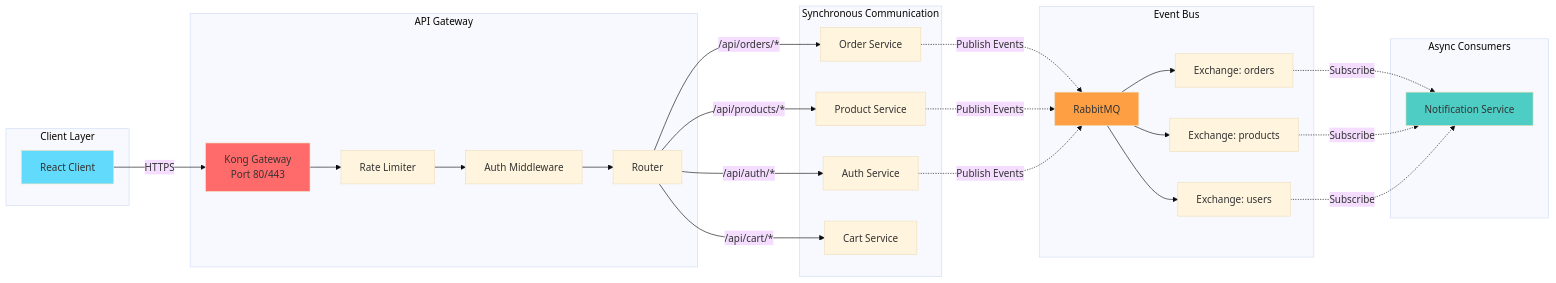
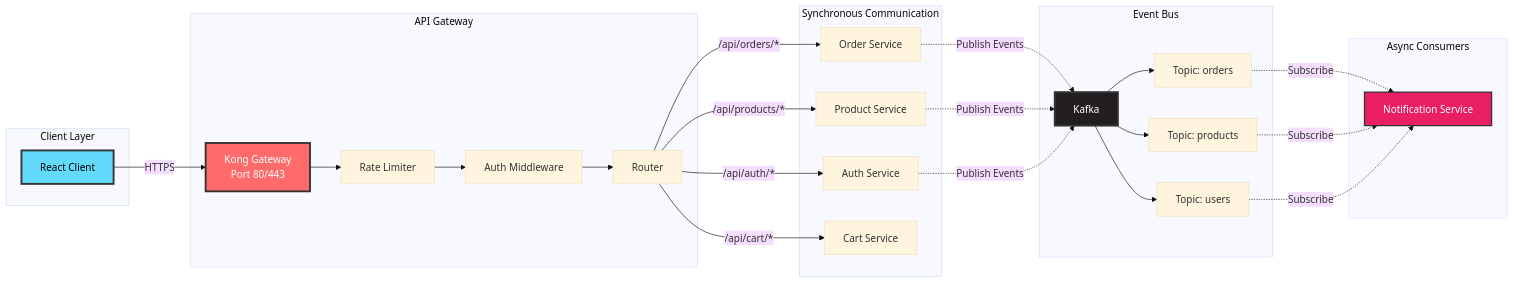
The second of 6 diagrams in README.md (paelsam/class_smart_microservices), drawn with Mermaid (base theme) before and after one commit. The commit also changed other lines of this file, not shown here.

````diff
--- a/README.md
+++ b/README.md
@@ -478,58 +478,58 @@
 ```mermaid
 graph LR
     subgraph "Client Layer"
         CLIENT[React Client]
     end
     
     subgraph "API Gateway"
         KONG[Kong Gateway<br/>Port 80/443]
         RATE[Rate Limiter]
         AUTH_MW[Auth Middleware]
         ROUTER[Router]
     end
     
     subgraph "Synchronous Communication"
         S1[Auth Service]
         S2[Product Service]
         S3[Order Service]
         S4[Cart Service]
     end
     
     subgraph "Event Bus"
-        RABBIT[RabbitMQ]
-        EX1[Exchange: orders]
-        EX2[Exchange: products]
-        EX3[Exchange: users]
+        KAFKA[Kafka]
+        T1[Topic: orders]
+        T2[Topic: products]
+        T3[Topic: users]
     end
     
     subgraph "Async Consumers"
         S5[Notification Service]
     end
     
     CLIENT -->|HTTPS| KONG
     KONG --> RATE
     RATE --> AUTH_MW
     AUTH_MW --> ROUTER
     
     ROUTER -->|/api/auth/*| S1
     ROUTER -->|/api/products/*| S2
     ROUTER -->|/api/orders/*| S3
     ROUTER -->|/api/cart/*| S4
     
-    S3 -.->|Publish Events| RABBIT
-    S2 -.->|Publish Events| RABBIT
-    S1 -.->|Publish Events| RABBIT
+    S3 -.->|Publish Events| KAFKA
+    S2 -.->|Publish Events| KAFKA
+    S1 -.->|Publish Events| KAFKA
     
-    RABBIT --> EX1
-    RABBIT --> EX2
-    RABBIT --> EX3
+    KAFKA --> T1
+    KAFKA --> T2
+    KAFKA --> T3
     
-    EX1 -.->|Subscribe| S5
-    EX2 -.->|Subscribe| S5
-    EX3 -.->|Subscribe| S5
+    T1 -.->|Subscribe| S5
+    T2 -.->|Subscribe| S5
+    T3 -.->|Subscribe| S5
     
-    style CLIENT fill:#61dafb
-    style KONG fill:#ff6b6b
-    style RABBIT fill:#ff9f43
-    style S5 fill:#4ecdc4
+    style CLIENT fill:#61dafb,stroke:#333,stroke-width:3px,color:#000
+    style KONG fill:#ff6b6b,stroke:#333,stroke-width:3px,color:#fff
+    style KAFKA fill:#231f20,stroke:#333,stroke-width:3px,color:#fff
+    style S5 fill:#e91e63,stroke:#333,stroke-width:2px,color:#fff
 ```
````
